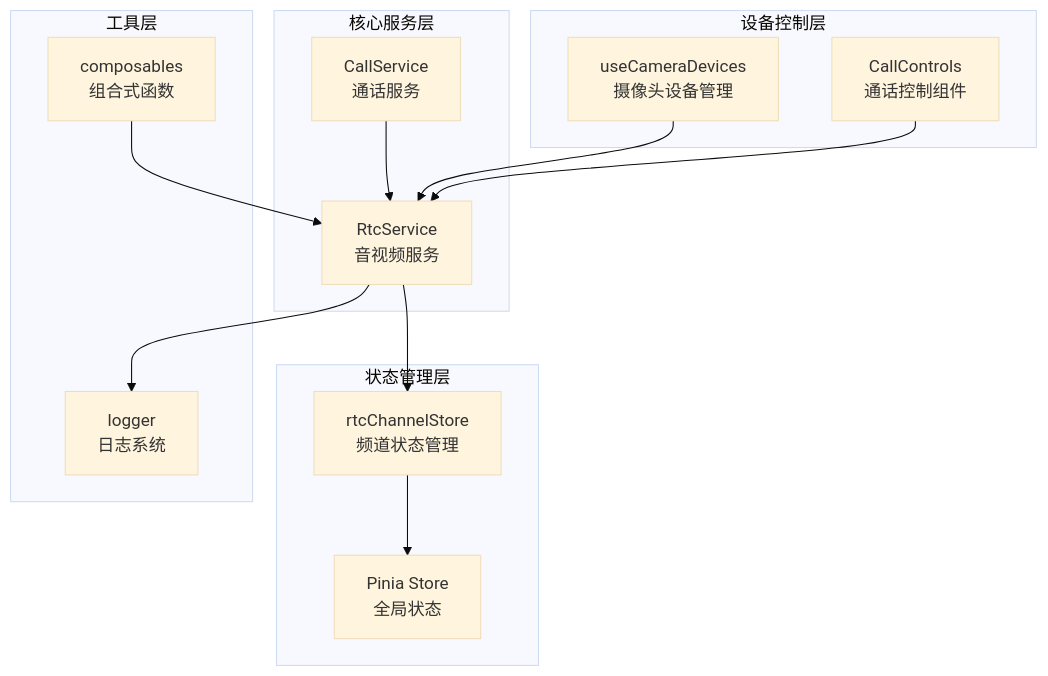
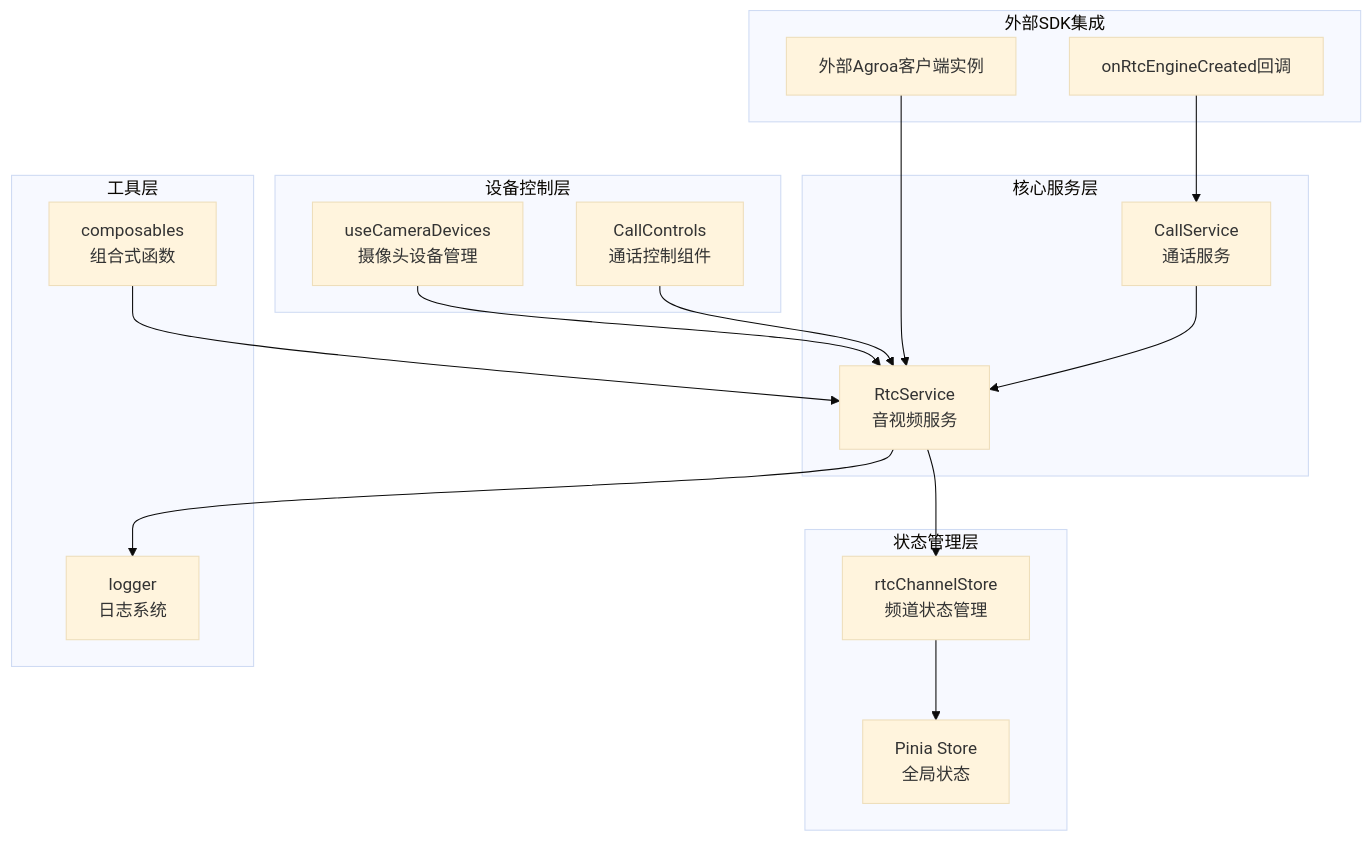
One commit to Easemob-Community/easemob-uikit-callkit-vue3 changed the first of 16 diagrams in .qoder/repowiki/zh/content/服务层/音视频服务 (RtcService).md. Above: the diagram before and after it, drawn with Mermaid (base theme). The commit also changed other lines of this file and 6 other files, not shown here.

````diff
--- a/.qoder/repowiki/zh/content/服务层/音视频服务 (RtcService).md
+++ b/.qoder/repowiki/zh/content/服务层/音视频服务 (RtcService).md
@@ -52,26 +58,32 @@
 ```mermaid
 graph TB
 subgraph "核心服务层"
 RtcService[RtcService<br/>音视频服务]
 CallService[CallService<br/>通话服务]
 end
 subgraph "状态管理层"
 RtcChannelStore[rtcChannelStore<br/>频道状态管理]
 PiniaStore[Pinia Store<br/>全局状态]
 end
 subgraph "设备控制层"
 CameraDevices[useCameraDevices<br/>摄像头设备管理]
 CallControls[CallControls<br/>通话控制组件]
 end
 subgraph "工具层"
 Logger[logger<br/>日志系统]
 Composables[composables<br/>组合式函数]
 end
+subgraph "外部SDK集成"
+ExternalClient[外部Agroa客户端实例]
+onRtcEngineCreated[onRtcEngineCreated回调]
+end
 RtcService --> RtcChannelStore
 CallService --> RtcService
 CameraDevices --> RtcService
 CallControls --> RtcService
 RtcChannelStore --> PiniaStore
 RtcService --> Logger
 Composables --> RtcService
+ExternalClient --> RtcService
+onRtcEngineCreated --> CallService
 ```
````
